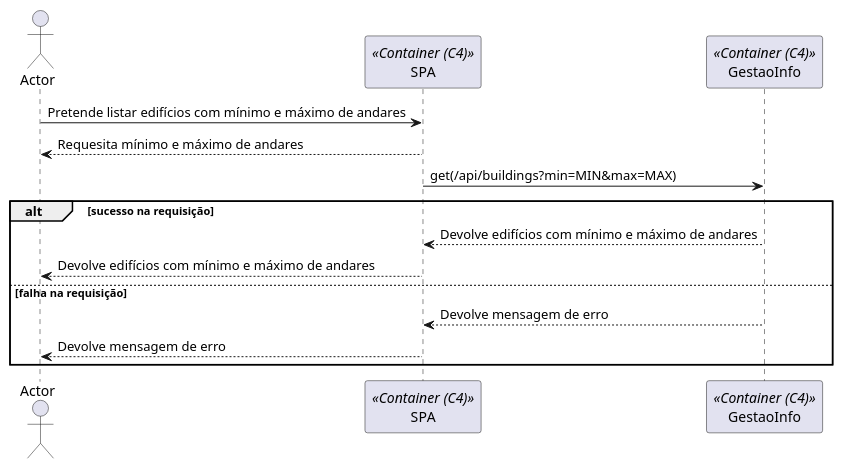
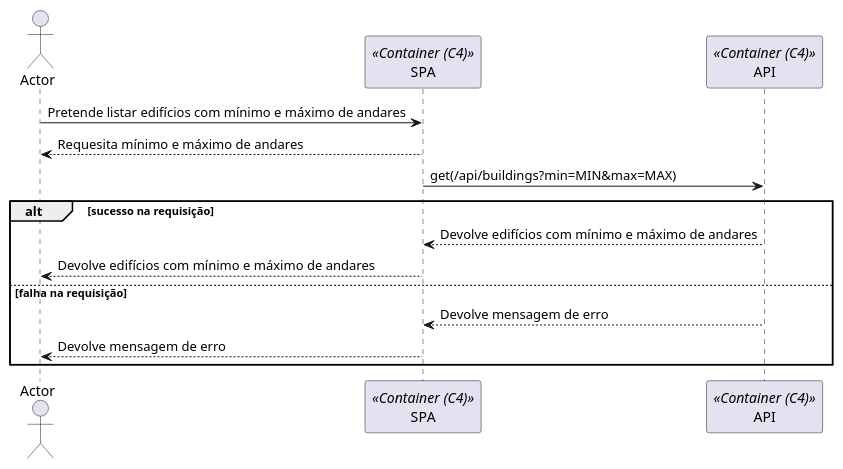
One commit to ruben1132/PI5_23-24 changed the diagram in docs/Nivel2/N2_US180.puml. Above: the diagram before and after it, drawn with PlantUML. The commit also changed 13 other files, not shown here.

Commit message:
#1 #2 #3 #5 #9 #20 diagramas nivel 2

```diff
--- a/docs/Nivel2/N2_US180.puml
+++ b/docs/Nivel2/N2_US180.puml
@@ -1,20 +1,20 @@
 @startuml
 
 actor Actor as Actor
 participant "SPA" as Container <<Container (C4)>>
-participant "GestaoInfo" as Armazem <<Container (C4)>>
+participant "API" as API <<Container (C4)>>
 
 Actor -> Container: Pretende listar edifícios com mínimo e máximo de andares
 Container --> Actor: Requesita mínimo e máximo de andares
 
-    Container -> Armazem: get(/api/buildings?min=MIN&max=MAX)
+    Container -> API: get(/api/buildings?min=MIN&max=MAX)
 
 alt sucesso na requisição
-    Armazem --> Container: Devolve edifícios com mínimo e máximo de andares
+    API --> Container: Devolve edifícios com mínimo e máximo de andares
     Container --> Actor: Devolve edifícios com mínimo e máximo de andares
 else falha na requisição
-    Armazem --> Container: Devolve mensagem de erro
+    API --> Container: Devolve mensagem de erro
     Container --> Actor: Devolve mensagem de erro
 end
 
 @enduml
```
